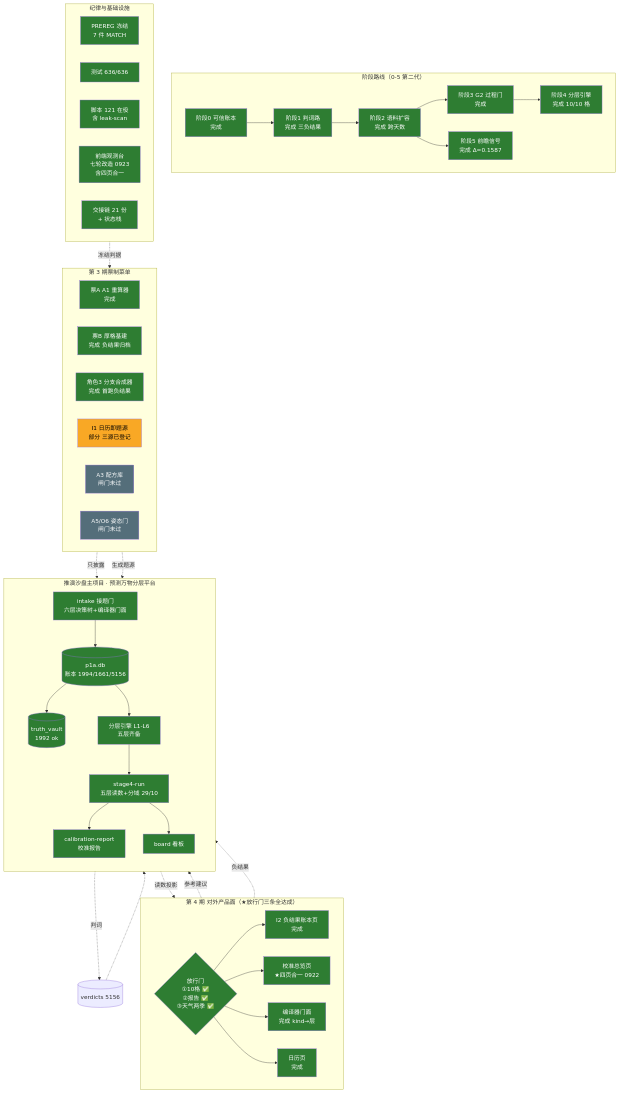
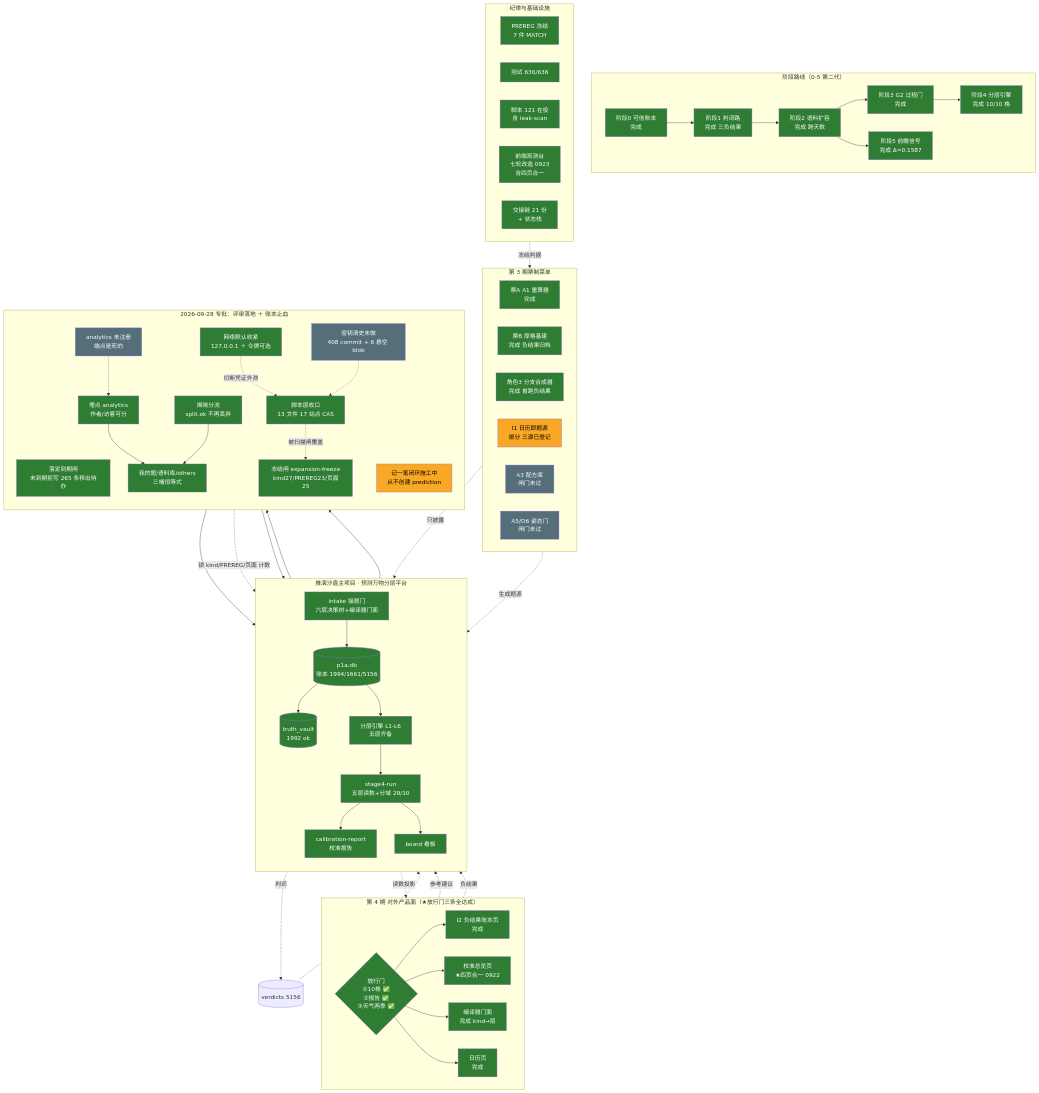
One commit to rui08984-dot/tuiyan-sandbox changed the diagram in architecture.mmd. Above: the diagram before and after it, drawn with Mermaid. The commit also changed 4 other files, not shown here.

First line of the commit message:
docs(交接): 第 22 份交接 ＋ 总索引 §8 ＋ 看板/依赖图同步

```diff
--- a/architecture.mmd
+++ b/architecture.mmd
@@ -1,78 +1,104 @@
 flowchart TB
     subgraph MAIN["推演沙盘主项目 · 预测万物分层平台"]
         direction TB
         LEDGER[("p1a.db<br/>账本 1994/1661/5156")]
         VAULT[("truth_vault<br/>1992 ok")]
         INTAKE["intake 接题门<br/>六层决策树+编译器门面"]
         ENGINES["分层引擎 L1-L6<br/>五层齐备"]
         STAGE4["stage4-run<br/>五层读数+分域 29/10"]
         CAL["calibration-report<br/>校准报告"]
         BOARD["board 看板"]
         LEDGER --> VAULT
         LEDGER --> ENGINES
         INTAKE --> LEDGER
         ENGINES --> STAGE4
         STAGE4 --> CAL
         STAGE4 --> BOARD
     end
 
     subgraph PHASE["阶段路线（0-5 第二代）"]
         direction LR
         P0["阶段0 可信账本<br/>完成"]
         P1["阶段1 判词路<br/>完成 三负结果"]
         P2["阶段2 语料扩容<br/>完成 跨天数"]
         P3["阶段3 G2 过程门<br/>完成"]
         P4["阶段4 分层引擎<br/>完成 10/10 格"]
         P5["阶段5 前瞻信号<br/>完成 Δ=0.1587"]
         P0 --> P1 --> P2 --> P3 --> P4
         P2 --> P5
     end
 
     subgraph TICKET["第 3 期票制菜单"]
         direction LR
         A1["票A A1 重算器<br/>完成"]
         TB["票B 厚格基建<br/>完成 负结果归档"]
         R3["角色3 分支合成器<br/>完成 首跑负结果"]
         I1["I1 日历即题源<br/>部分 三源已登记"]
         A3["A3 配方库<br/>闸门未过"]
         A5["A5/O6 姿态门<br/>闸门未过"]
     end
 
     subgraph P4F["第 4 期 对外产品面（★放行门三条全达成）"]
         direction LR
         GATE{"放行门<br/>①10格 ✅<br/>②报告 ✅<br/>③天气两季 ✅"}
         F1["I2 负结果账本页<br/>完成"]
         F5["校准总览页<br/>★四页合一 0922"]
         F4["编译器门面<br/>完成 kind→层"]
         F6["日历页<br/>完成"]
         GATE --> F1
         GATE --> F5
         GATE --> F4
         GATE --> F6
     end
 
     subgraph INFRA["纪律与基础设施"]
         direction LR
         PREREG["PREREG 冻结<br/>7 件 MATCH"]
         TEST["测试 636/636"]
         SCRIPTS["脚本 121 在役<br/>含 leak-scan"]
         UI["前端观测台<br/>七轮改造 0923<br/>含四页合一"]
         HANDOFF["交接链 21 份<br/>+ 状态栈"]
     end
 
     ENGINES -.->|"判词"| VERD[("verdicts 5156")]
     VERD -.-> STAGE4
     PREREG -.->|"冻结判据"| R3
     R3 -.->|"只披露"| BOARD
     I1 -.->|"生成题源"| INTAKE
     STAGE4 -.->|"读数投影"| GATE
     F4 -.->|"参考建议"| INTAKE
     F1 -.->|"负结果"| BOARD
 
+    subgraph D928["2026-09-28 专批：评审落地 ＋ 账本止血"]
+        direction TB
+        GUARD["落定到期闸<br/>未到期拒写 265 条移出待办"]
+        EXPIRE["揭晓分流<br/>split.ok 不再丢弃"]
+        FROZE["冻结闸 expansion-freeze<br/>kind27/PREREG23/页面25"]
+        SCRIPTG["脚本层收口<br/>13 文件 17 站点 CAS"]
+        SECURE["网络默认收紧<br/>127.0.0.1 ＋ 令牌可选"]
+        TLM["埋点 analytics<br/>作者/访客可分"]
+        VIEWS["我的题/语料库/others<br/>三桶恒等式"]
+        HOLE1["密钥清史未做<br/>408 commit + 6 悬空 blob"]
+        HOLE2["analytics 未注册<br/>端点是死的"]
+        HOLE3["记一笔闭环施工中<br/>从不创建 prediction"]
+    end
+
+    LEDGER --> GUARD
+    INTAKE --> EXPIRE
+    SCRIPTG --> LEDGER
+    SECURE -.->|"切断凭证外泄"| SCRIPTG
+    TLM --> VIEWS
+    EXPIRE --> VIEWS
+    FROZE -.->|"锁 kind/PREREG/页面 计数"| INTAKE
+    SCRIPTG -.->|"被扫描闸覆盖"| FROZE
+    HOLE1 -.-> SCRIPTG
+    HOLE2 -.-> TLM
+    HOLE3 --> INTAKE
+
     classDef done fill:#2e7d32,color:#fff
     classDef doing fill:#f9a825,color:#000
     classDef notstarted fill:#546e7a,color:#fff
 
-    class P0,P1,P2,P3,P4,P5,A1,TB,R3,LEDGER,VAULT,INTAKE,ENGINES,STAGE4,CAL,BOARD,PREREG,TEST,SCRIPTS,UI,HANDOFF,GATE,F1,F4,F5,F6 done
-    class I1 doing
-    class A3,A5 notstarted
+    class P0,P1,P2,P3,P4,P5,A1,TB,R3,LEDGER,VAULT,INTAKE,ENGINES,STAGE4,CAL,BOARD,PREREG,TEST,SCRIPTS,UI,HANDOFF,GATE,F1,F4,F5,F6,GUARD,EXPIRE,FROZE,SCRIPTG,SECURE,TLM,VIEWS done
+    class I1,HOLE3 doing
+    class A3,A5,HOLE1,HOLE2 notstarted
```
